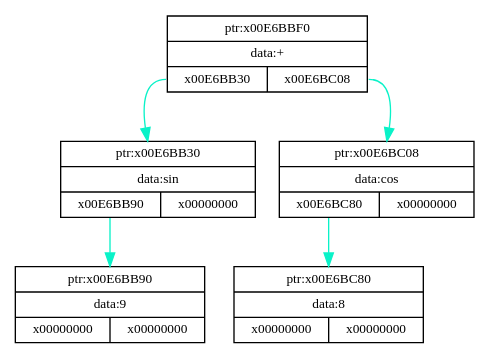
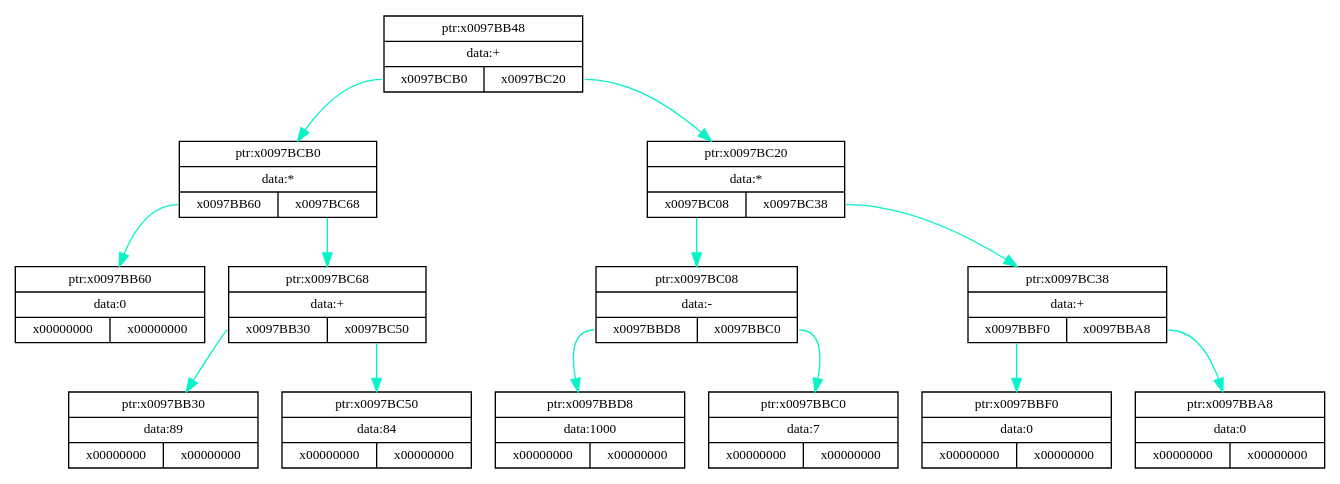
Before and after one commit to Bebriali/BinaryTree: the diagram in log/0.dot, drawn with Graphviz. The commit also changed 16 other files, not shown here.

```diff
--- a/log/0.dot
+++ b/log/0.dot
@@ -1,14 +1,30 @@
 digraph TREE
 {	rankdir = TB
 	node[color = "black", fontsize = 10];
 	edge[color = "#0AF2C8", fontcolor = "white", fontsize = 5];
-	x00E6BBF0 [shape = record, label = "{ ptr:x00E6BBF0 | data:+ | { <left0>x00E6BB30 | <right0>x00E6BC08 }}"];
-	x00E6BB30 [shape = record, label = "{ ptr:x00E6BB30 | data:sin | { <left0>x00E6BB90 | <right0>x00000000 }}"];
-	x00E6BB90 [shape = record, label = "{ ptr:x00E6BB90 | data:9 | { <left0>x00000000 | <right0>x00000000 }}"];
-	x00E6BC08 [shape = record, label = "{ ptr:x00E6BC08 | data:cos | { <left0>x00E6BC80 | <right0>x00000000 }}"];
-	x00E6BC80 [shape = record, label = "{ ptr:x00E6BC80 | data:8 | { <left0>x00000000 | <right0>x00000000 }}"];
-	x00E6BBF0:<left0> -> x00E6BB30;
-	x00E6BBF0:<right0> -> x00E6BC08;
-	x00E6BB30:<left0> -> x00E6BB90;
-	x00E6BC08:<left0> -> x00E6BC80;
+	x0097BB48 [shape = record, label = "{ ptr:x0097BB48 | data:+ | { <left0>x0097BCB0 | <right0>x0097BC20 }}"];
+	x0097BCB0 [shape = record, label = "{ ptr:x0097BCB0 | data:* | { <left0>x0097BB60 | <right0>x0097BC68 }}"];
+	x0097BB60 [shape = record, label = "{ ptr:x0097BB60 | data:0 | { <left0>x00000000 | <right0>x00000000 }}"];
+	x0097BC68 [shape = record, label = "{ ptr:x0097BC68 | data:+ | { <left0>x0097BB30 | <right0>x0097BC50 }}"];
+	x0097BB30 [shape = record, label = "{ ptr:x0097BB30 | data:89 | { <left0>x00000000 | <right0>x00000000 }}"];
+	x0097BC50 [shape = record, label = "{ ptr:x0097BC50 | data:84 | { <left0>x00000000 | <right0>x00000000 }}"];
+	x0097BC20 [shape = record, label = "{ ptr:x0097BC20 | data:* | { <left0>x0097BC08 | <right0>x0097BC38 }}"];
+	x0097BC08 [shape = record, label = "{ ptr:x0097BC08 | data:- | { <left0>x0097BBD8 | <right0>x0097BBC0 }}"];
+	x0097BBD8 [shape = record, label = "{ ptr:x0097BBD8 | data:1000 | { <left0>x00000000 | <right0>x00000000 }}"];
+	x0097BBC0 [shape = record, label = "{ ptr:x0097BBC0 | data:7 | { <left0>x00000000 | <right0>x00000000 }}"];
+	x0097BC38 [shape = record, label = "{ ptr:x0097BC38 | data:+ | { <left0>x0097BBF0 | <right0>x0097BBA8 }}"];
+	x0097BBF0 [shape = record, label = "{ ptr:x0097BBF0 | data:0 | { <left0>x00000000 | <right0>x00000000 }}"];
+	x0097BBA8 [shape = record, label = "{ ptr:x0097BBA8 | data:0 | { <left0>x00000000 | <right0>x00000000 }}"];
+	x0097BB48:<left0> -> x0097BCB0;
+	x0097BB48:<right0> -> x0097BC20;
+	x0097BCB0:<left0> -> x0097BB60;
+	x0097BCB0:<right0> -> x0097BC68;
+	x0097BC68:<left0> -> x0097BB30;
+	x0097BC68:<right0> -> x0097BC50;
+	x0097BC20:<left0> -> x0097BC08;
+	x0097BC20:<right0> -> x0097BC38;
+	x0097BC08:<left0> -> x0097BBD8;
+	x0097BC08:<right0> -> x0097BBC0;
+	x0097BC38:<left0> -> x0097BBF0;
+	x0097BC38:<right0> -> x0097BBA8;
 	}
```
